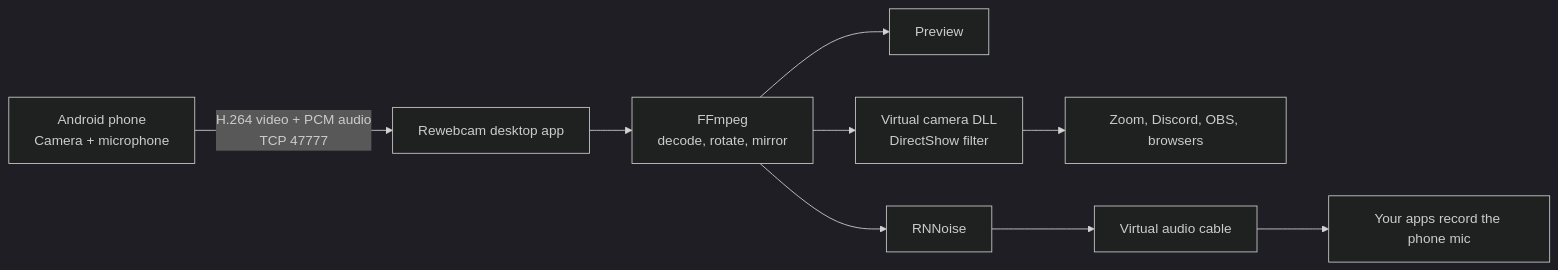
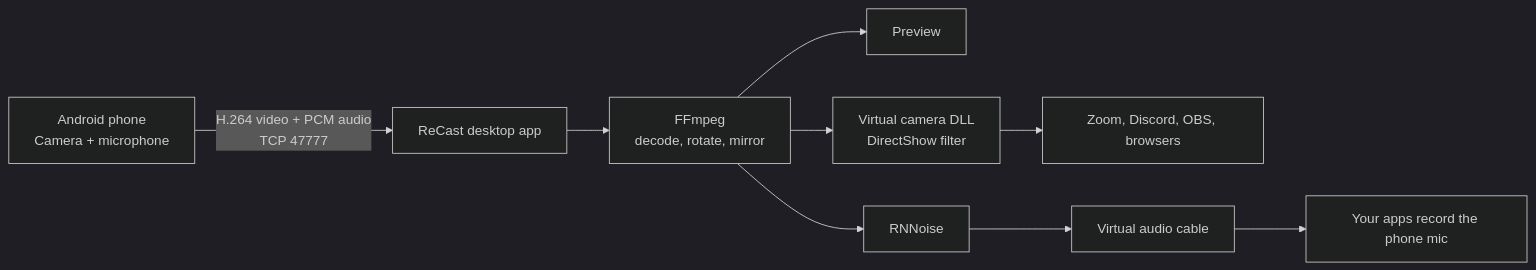
Before and after one commit to xxRelaXxx/ReCast: the diagram in README.md, drawn with Mermaid (dark theme). The commit also changed other lines of this file and 145 other files, not shown here.

First line of the commit message:
ReCast: new interface, camera and microphone modes, USB connection and installer

````diff
--- a/README.md
+++ b/README.md
@@ -117,11 +126,11 @@
 ```mermaid
 flowchart LR
-    A[Android phone<br/>Camera + microphone] -->|H.264 video + PCM audio<br/>TCP 47777| B[Rewebcam desktop app]
+    A[Android phone<br/>Camera + microphone] -->|H.264 video + PCM audio<br/>TCP 47777| B[ReCast desktop app]
     B --> C[FFmpeg<br/>decode, rotate, mirror]
     C --> D[Preview]
     C --> E[Virtual camera DLL<br/>DirectShow filter]
     E --> F[Zoom, Discord, OBS, browsers]
     C --> G[RNNoise]
     G --> H[Virtual audio cable]
     H --> I[Your apps record the phone mic]
 ```
````
